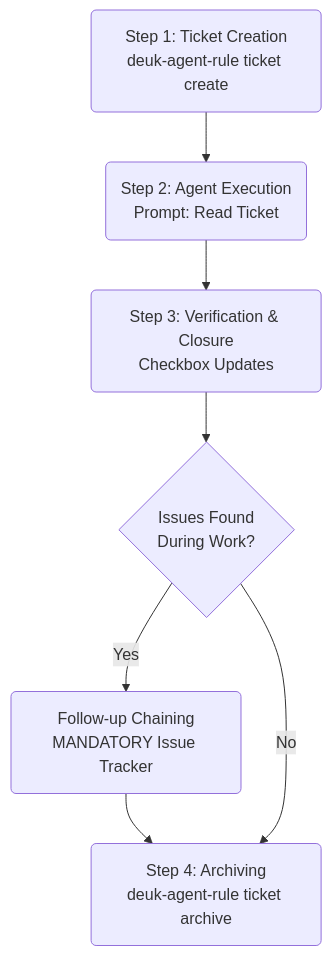
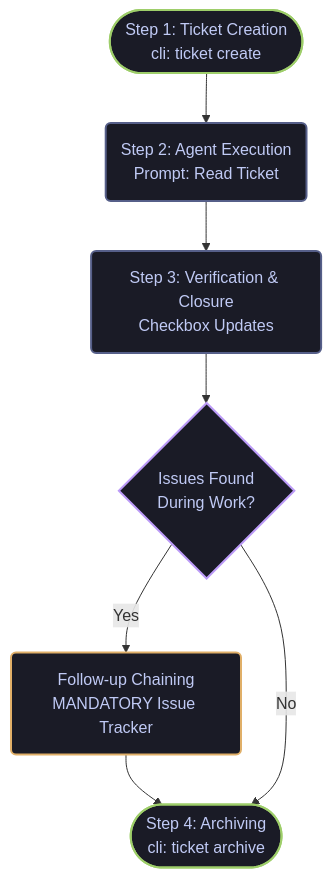
Before and after one commit to joygram/DeukAgentRules: the diagram in README.ko.md, drawn with Mermaid. The commit also changed 1 other file, not shown here.

Commit message:
docs: apply tokyo night theme to mermaid diagrams to fix text background rendering bugs in IDEs

````diff
--- a/README.ko.md
+++ b/README.ko.md
@@ -86,11 +86,17 @@
 ```mermaid
 graph TD
-    A(Step 1: Ticket Creation<br>deuk-agent-rule ticket create) --> B(Step 2: Agent Execution<br>Prompt: Read Ticket)
-    B --> C(Step 3: Verification & Closure<br>Checkbox Updates)
+    classDef default fill:#1a1b26,stroke:#a9b1d6,stroke-width:2px,color:#c0caf5,rx:5px,ry:5px;
+    classDef phase fill:#1a1b26,stroke:#565f89,stroke-width:2px,color:#c0caf5;
+    classDef decision fill:#1a1b26,stroke:#bb9af7,stroke-width:2px,color:#c0caf5;
+    classDef action fill:#1a1b26,stroke:#9ece6a,stroke-width:2px,color:#c0caf5;
+    classDef highlight fill:#1a1b26,stroke:#e0af68,stroke-width:2px,color:#c0caf5;
+
+    A([Step 1: Ticket Creation<br>cli: ticket create]):::action --> B(Step 2: Agent Execution<br>Prompt: Read Ticket):::phase
+    B --> C(Step 3: Verification & Closure<br>Checkbox Updates):::phase
     
-    C --> D{Issues Found<br>During Work?}
+    C --> D{Issues Found<br>During Work?}:::decision
     
-    D -->|Yes| E(Follow-up Chaining<br>MANDATORY Issue Tracker)
-    E --> F(Step 4: Archiving<br>deuk-agent-rule ticket archive)
+    D -->|Yes| E(Follow-up Chaining<br>MANDATORY Issue Tracker):::highlight
+    E --> F([Step 4: Archiving<br>cli: ticket archive]):::action
     D -->|No| F
 ```
````
